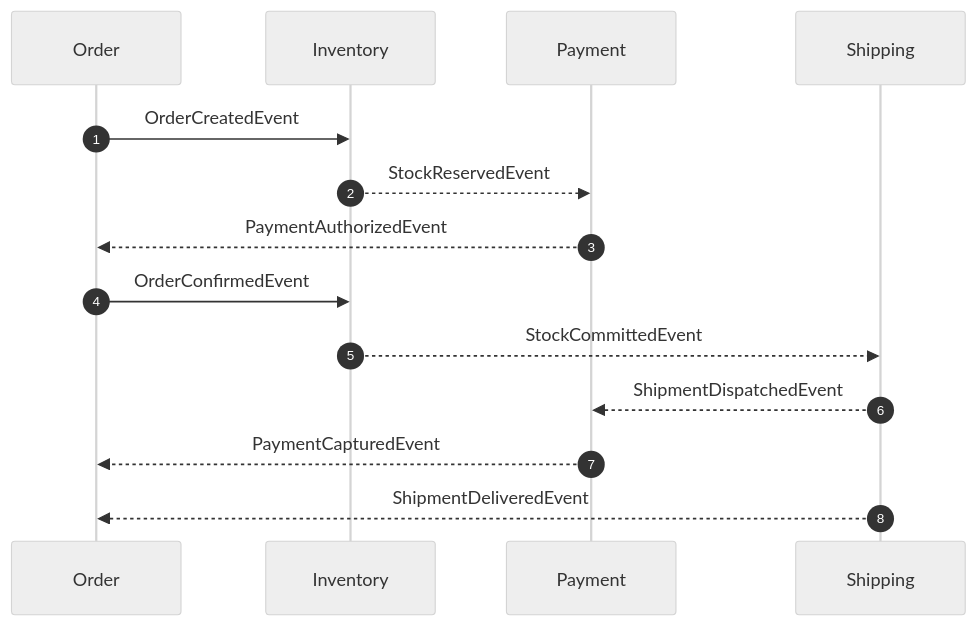
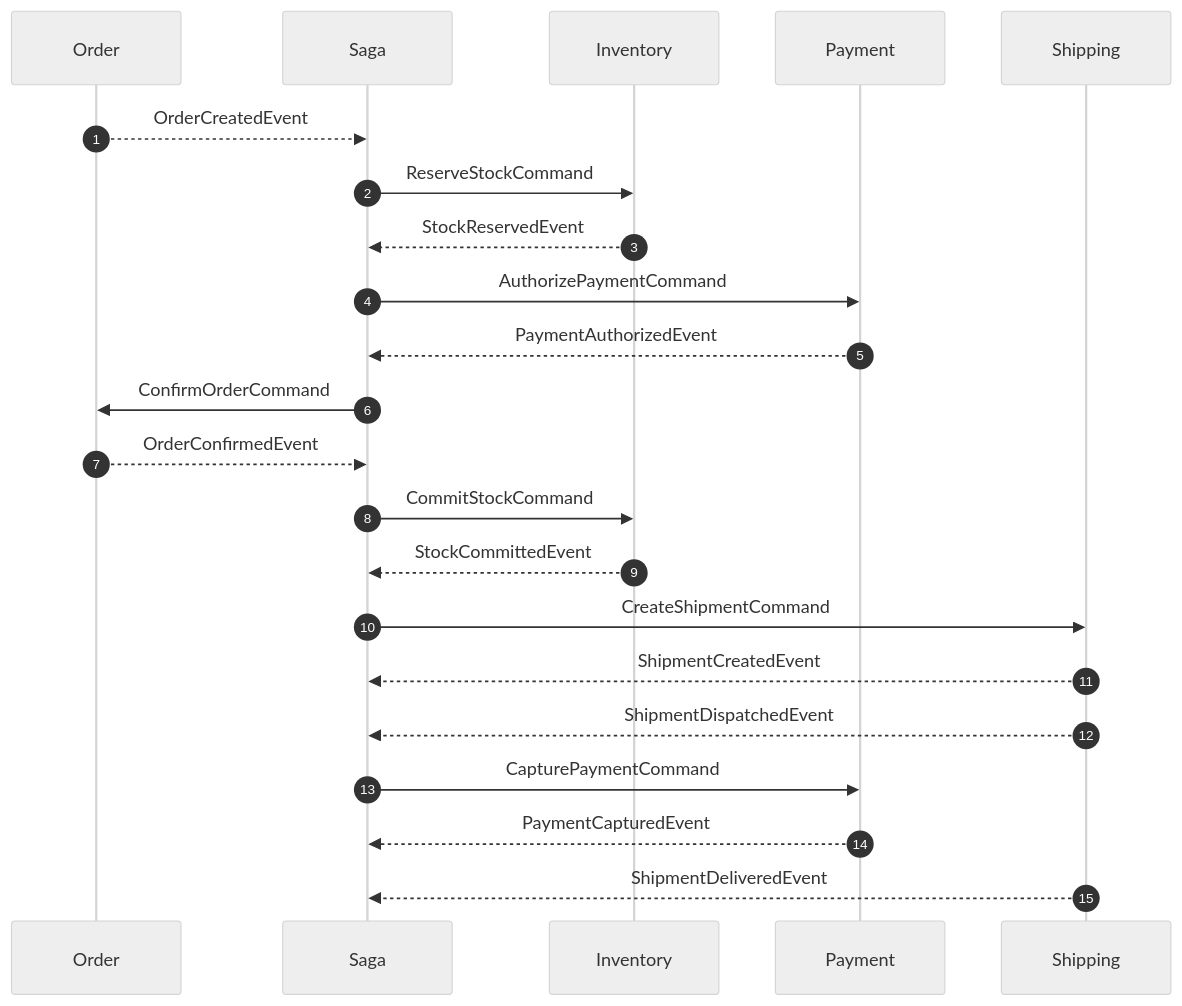
Before and after one commit to daonhan/Microservices-in-.NET: the first of 2 diagrams in docs/wiki/Diagram-Saga.md, drawn with Mermaid (neutral theme). The commit also changed other lines of this file and 18 other files, not shown here.

First line of the commit message:
docs(saga): orchestrator-led sequence + command catalog (Phase 3) [#141]

````diff
--- a/docs/wiki/Diagram-Saga.md
+++ b/docs/wiki/Diagram-Saga.md
@@ -49,16 +7,24 @@
 ```mermaid
 sequenceDiagram
     autonumber
     participant O as Order
+    participant Sg as Saga
     participant I as Inventory
     participant P as Payment
-    participant S as Shipping
-    O->>I: OrderCreatedEvent
-    I-->>P: StockReservedEvent
-    P-->>O: PaymentAuthorizedEvent
-    O->>I: OrderConfirmedEvent
-    I-->>S: StockCommittedEvent
-    S-->>P: ShipmentDispatchedEvent
-    P-->>O: PaymentCapturedEvent
-    S-->>O: ShipmentDeliveredEvent
+    participant Sh as Shipping
+    O-->>Sg: OrderCreatedEvent
+    Sg->>I: ReserveStockCommand
+    I-->>Sg: StockReservedEvent
+    Sg->>P: AuthorizePaymentCommand
+    P-->>Sg: PaymentAuthorizedEvent
+    Sg->>O: ConfirmOrderCommand
+    O-->>Sg: OrderConfirmedEvent
+    Sg->>I: CommitStockCommand
+    I-->>Sg: StockCommittedEvent
+    Sg->>Sh: CreateShipmentCommand
+    Sh-->>Sg: ShipmentCreatedEvent
+    Sh-->>Sg: ShipmentDispatchedEvent
+    Sg->>P: CapturePaymentCommand
+    P-->>Sg: PaymentCapturedEvent
+    Sh-->>Sg: ShipmentDeliveredEvent
 ```
````
